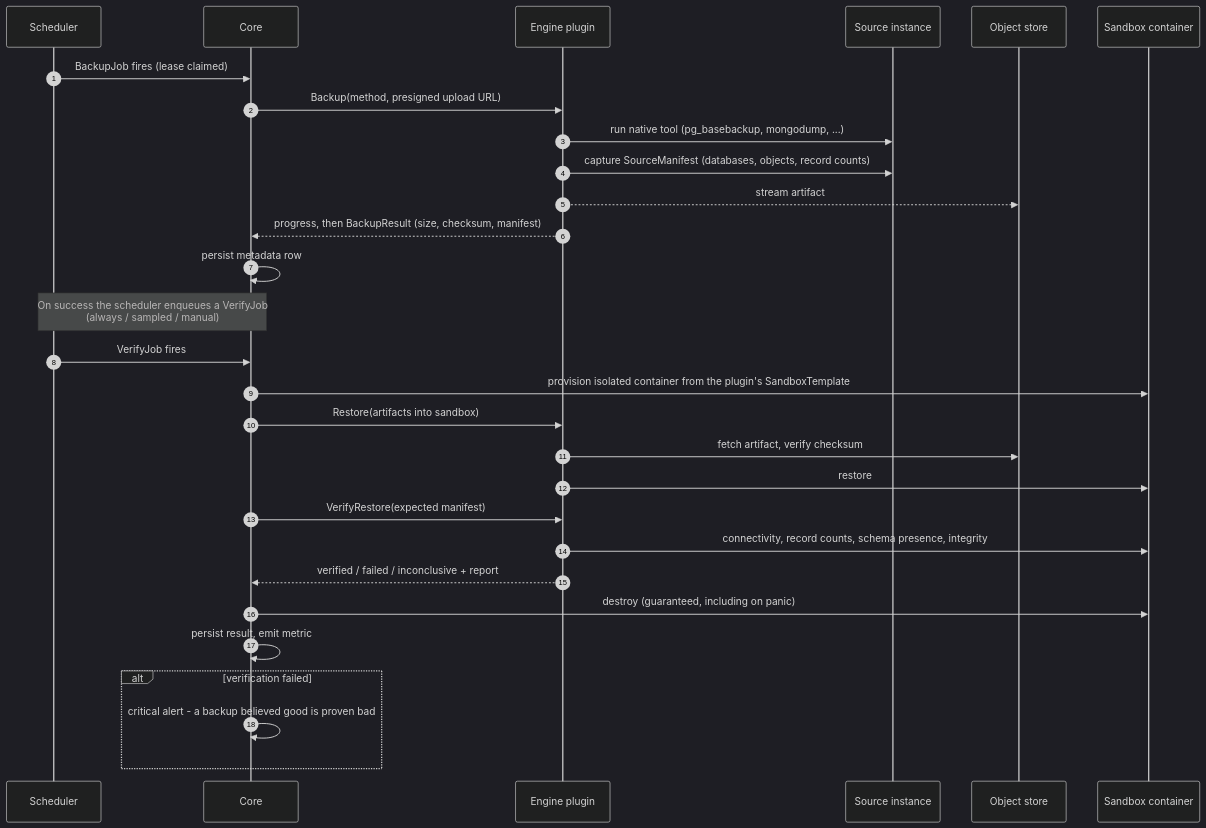
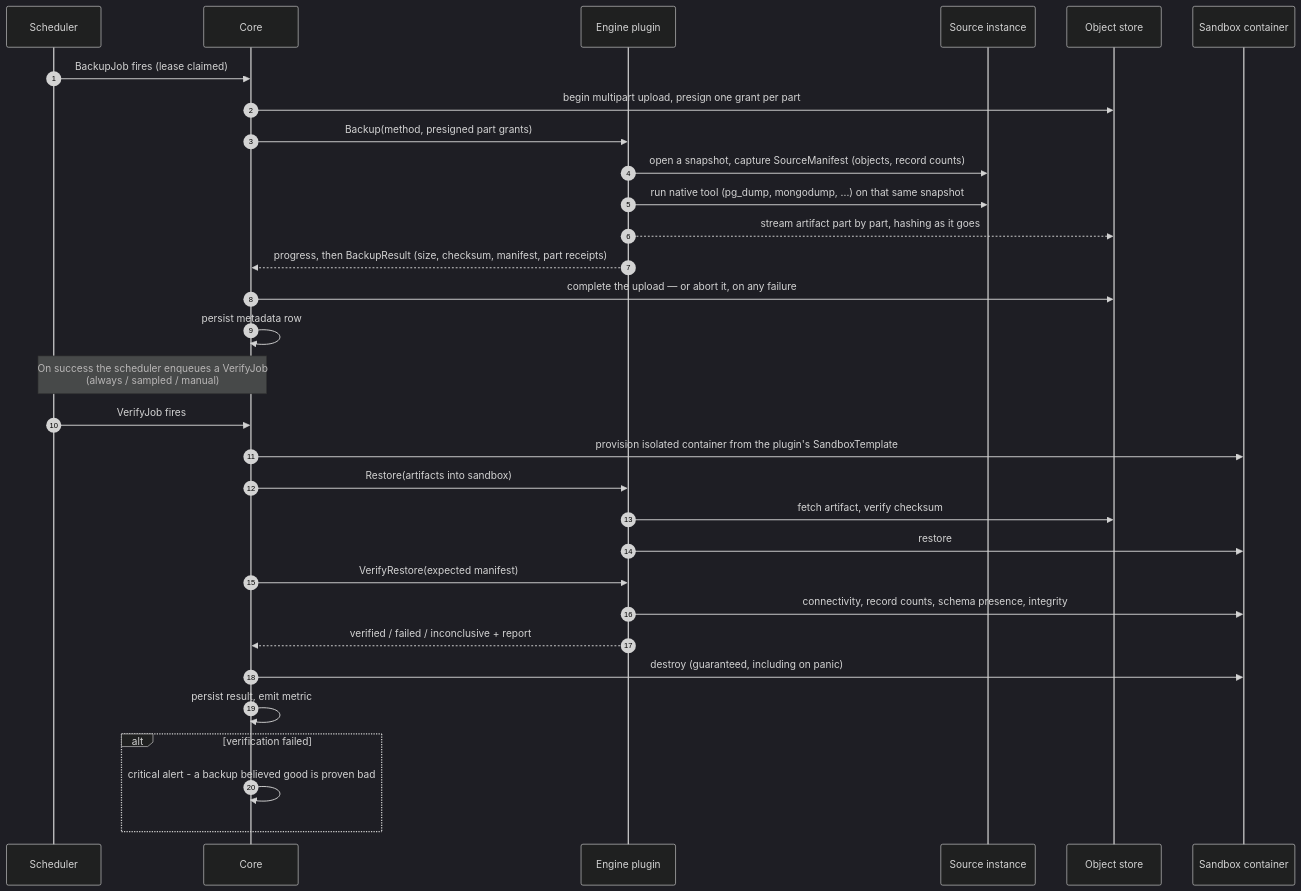
The third of 4 diagrams in README.md (danmorcov88/Fleetward), drawn with Mermaid (dark theme) before and after one commit. The commit also changed other lines of this file and 32 other files, not shown here.

````diff
--- a/README.md
+++ b/README.md
@@ -148,36 +148,38 @@
 ```mermaid
 sequenceDiagram
     autonumber
     participant S as Scheduler
     participant C as Core
     participant P as Engine plugin
     participant DB as Source instance
     participant O as Object store
     participant SB as Sandbox container
 
     S->>C: BackupJob fires (lease claimed)
-    C->>P: Backup(method, presigned upload URL)
-    P->>DB: run native tool (pg_basebackup, mongodump, ...)
-    P->>DB: capture SourceManifest (databases, objects, record counts)
-    P-->>O: stream artifact
-    P-->>C: progress, then BackupResult (size, checksum, manifest)
+    C->>O: begin multipart upload, presign one grant per part
+    C->>P: Backup(method, presigned part grants)
+    P->>DB: open a snapshot, capture SourceManifest (objects, record counts)
+    P->>DB: run native tool (pg_dump, mongodump, ...) on that same snapshot
+    P-->>O: stream artifact part by part, hashing as it goes
+    P-->>C: progress, then BackupResult (size, checksum, manifest, part receipts)
+    C->>O: complete the upload — or abort it, on any failure
     C->>C: persist metadata row
 
     Note over S,C: On success the scheduler enqueues a VerifyJob<br/>(always / sampled / manual)
 
     S->>C: VerifyJob fires
     C->>SB: provision isolated container from the plugin's SandboxTemplate
     C->>P: Restore(artifacts into sandbox)
     P->>O: fetch artifact, verify checksum
     P->>SB: restore
     C->>P: VerifyRestore(expected manifest)
     P->>SB: connectivity, record counts, schema presence, integrity
     P-->>C: verified / failed / inconclusive + report
 
     C->>SB: destroy (guaranteed, including on panic)
     C->>C: persist result, emit metric
 
     alt verification failed
         C->>C: critical alert - a backup believed good is proven bad
     end
 ```
````
